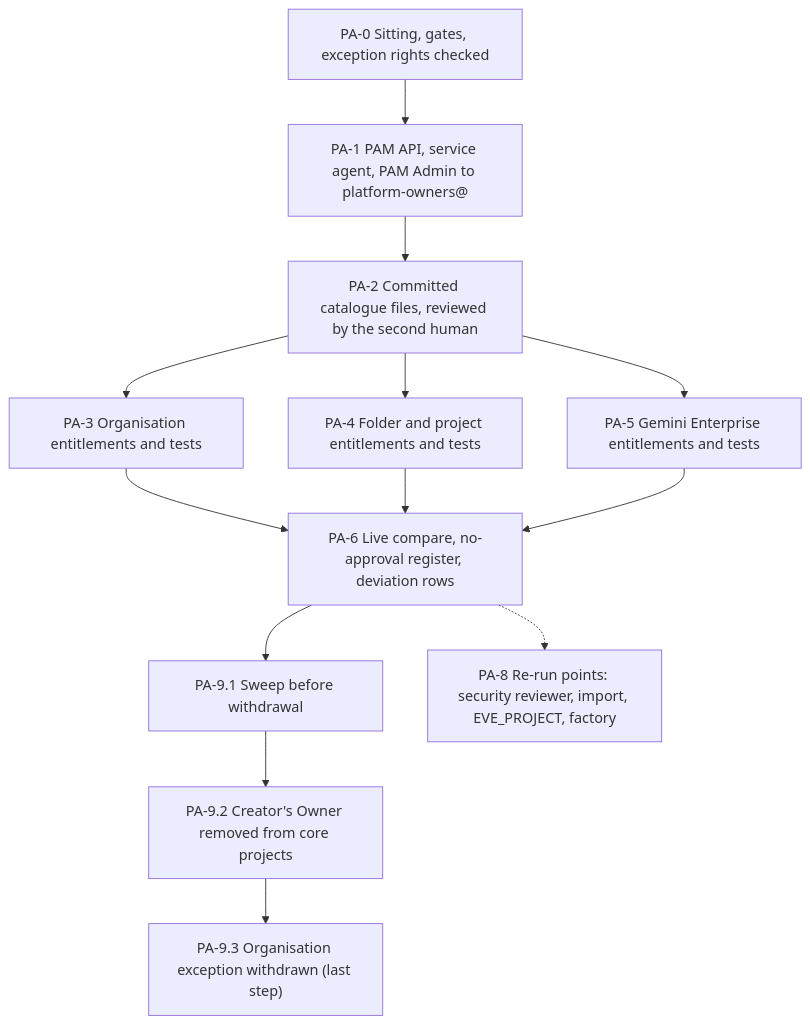
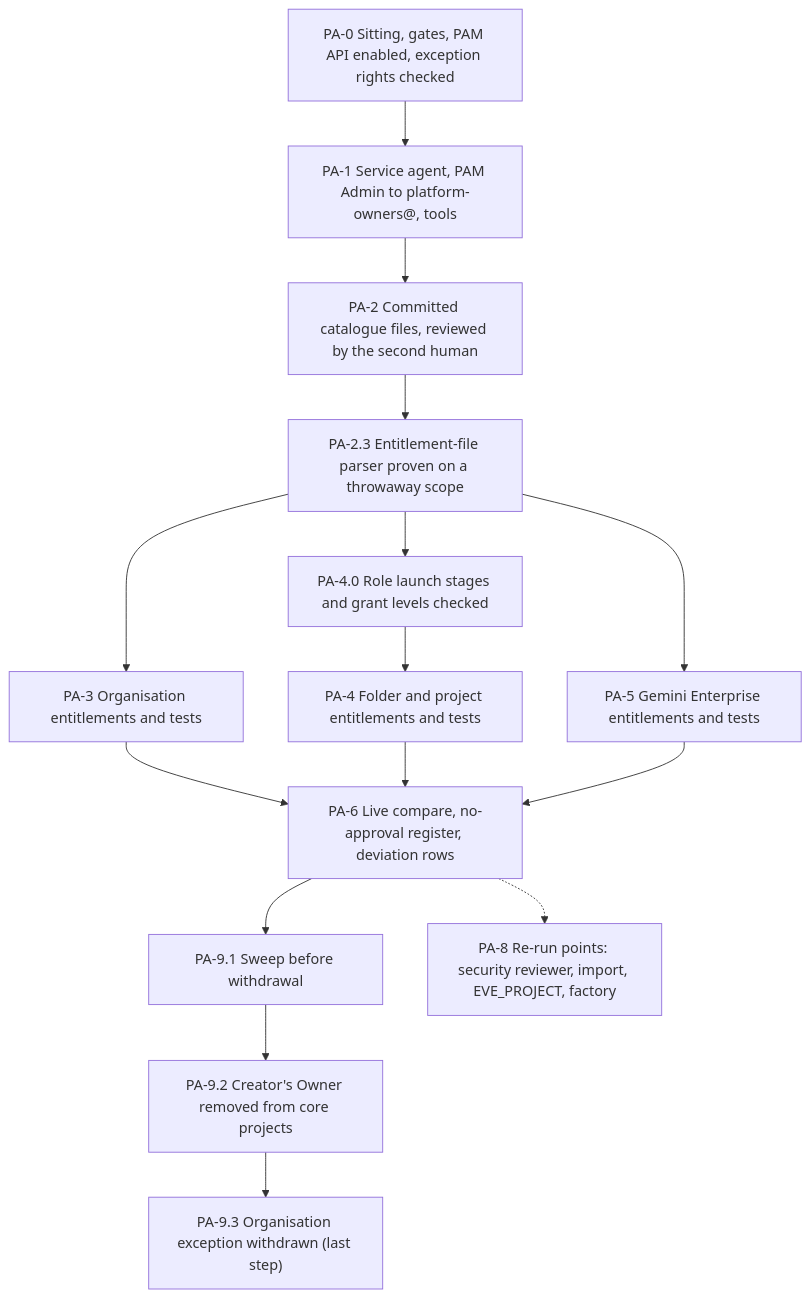
Before and after one commit to jsbdfgidsfg/agentic-platform: the diagram in platform/agentic-platform/setup/12-privileged-access-catalogue.md, drawn with Mermaid. The commit also changed other lines of this file and 41 other files, not shown here.

````diff
--- a/platform/agentic-platform/setup/12-privileged-access-catalogue.md
+++ b/platform/agentic-platform/setup/12-privileged-access-catalogue.md
@@ -42,15 +43,17 @@
 ```mermaid
 flowchart TD
-  A["PA-0 Sitting, gates, exception rights checked"] --> B["PA-1 PAM API, service agent, PAM Admin to platform-owners@"]
+  A["PA-0 Sitting, gates, PAM API enabled, exception rights checked"] --> B["PA-1 Service agent, PAM Admin to platform-owners@, tools"]
   B --> C["PA-2 Committed catalogue files, reviewed by the second human"]
-  C --> D["PA-3 Organisation entitlements and tests"]
-  C --> E["PA-4 Folder and project entitlements and tests"]
-  C --> F["PA-5 Gemini Enterprise entitlements and tests"]
+  C --> C2["PA-2.3 Entitlement-file parser proven on a throwaway scope"]
+  C2 --> D["PA-3 Organisation entitlements and tests"]
+  C2 --> E0["PA-4.0 Role launch stages and grant levels checked"]
+  E0 --> E["PA-4 Folder and project entitlements and tests"]
+  C2 --> F["PA-5 Gemini Enterprise entitlements and tests"]
   D --> G["PA-6 Live compare, no-approval register, deviation rows"]
   E --> G
   F --> G
   G --> H["PA-9.1 Sweep before withdrawal"]
   H --> I["PA-9.2 Creator's Owner removed from core projects"]
   I --> J["PA-9.3 Organisation exception withdrawn (last step)"]
   G -.-> K["PA-8 Re-run points: security reviewer, import, EVE_PROJECT, factory"]
 ```
````
